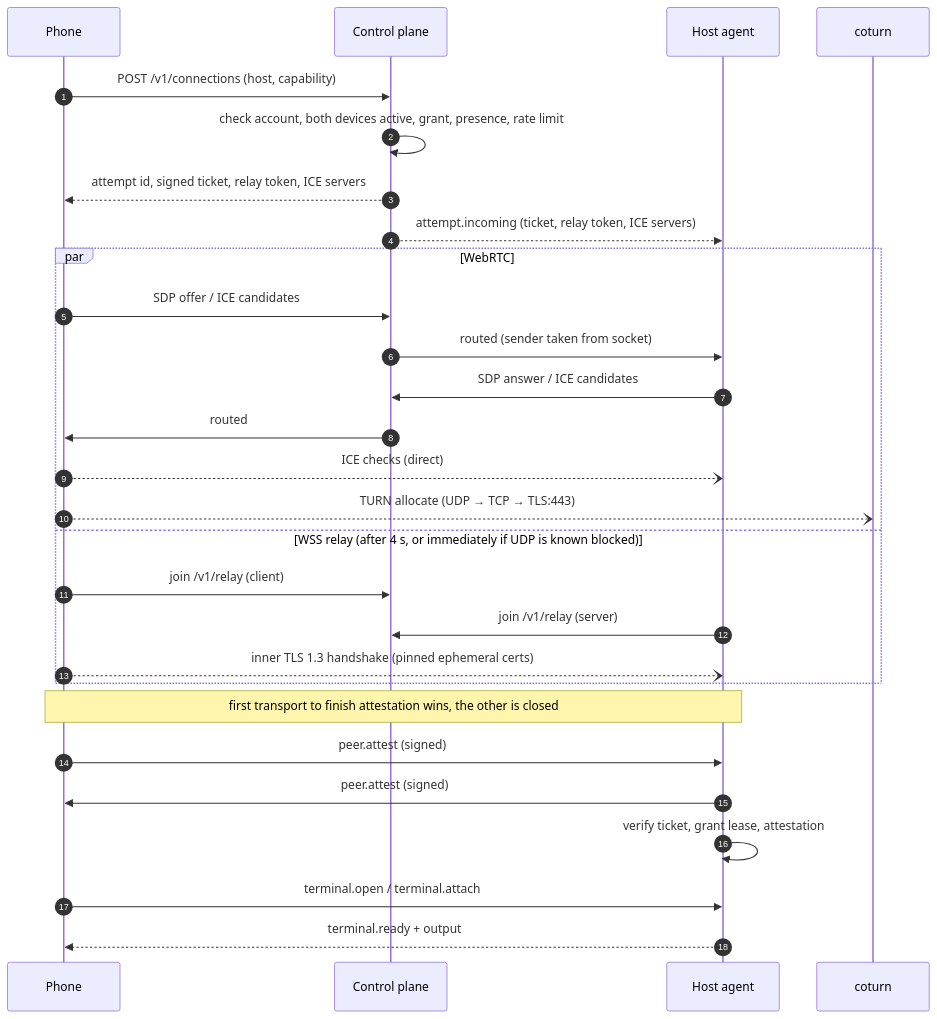
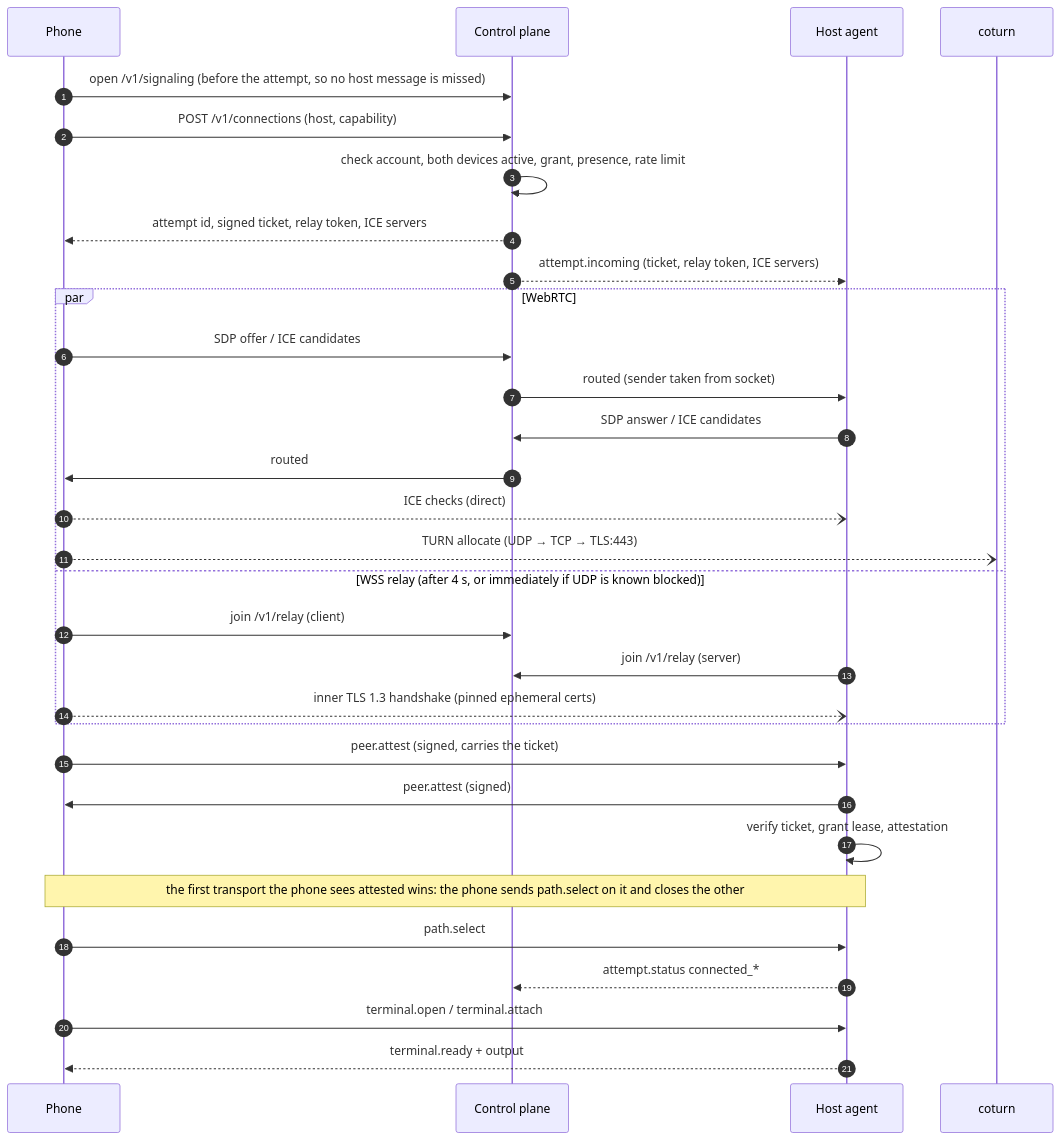
The third of 7 diagrams in docs/architecture/overview.md (rohansen856/ConnRelay), drawn with Mermaid before and after one commit. The commit also changed other lines of this file and 1 other file, not shown here.

Commit message:
docs: update architecture overview and decision status

````diff
--- a/docs/architecture/overview.md
+++ b/docs/architecture/overview.md
@@ -135,30 +135,33 @@
 ```mermaid
 sequenceDiagram
   autonumber
   participant P as Phone
   participant S as Control plane
   participant H as Host agent
   participant T as coturn
+  P->>S: open /v1/signaling (before the attempt, so no host message is missed)
   P->>S: POST /v1/connections (host, capability)
   S->>S: check account, both devices active, grant, presence, rate limit
   S-->>P: attempt id, signed ticket, relay token, ICE servers
   S-->>H: attempt.incoming (ticket, relay token, ICE servers)
   par WebRTC
     P->>S: SDP offer / ICE candidates
     S->>H: routed (sender taken from socket)
     H->>S: SDP answer / ICE candidates
     S->>P: routed
     P--)H: ICE checks (direct)
     P--)T: TURN allocate (UDP → TCP → TLS:443)
   and WSS relay (after 4 s, or immediately if UDP is known blocked)
     P->>S: join /v1/relay (client)
     H->>S: join /v1/relay (server)
     P--)H: inner TLS 1.3 handshake (pinned ephemeral certs)
   end
-  Note over P,H: first transport to finish attestation wins, the other is closed
-  P->>H: peer.attest (signed)
+  P->>H: peer.attest (signed, carries the ticket)
   H->>P: peer.attest (signed)
   H->>H: verify ticket, grant lease, attestation
+  Note over P,H: the first transport the phone sees attested wins: the phone sends path.select on it and closes the other
+  P->>H: path.select
+  H-->>S: attempt.status connected_*
   P->>H: terminal.open / terminal.attach
   H-->>P: terminal.ready + output
 ```
````
